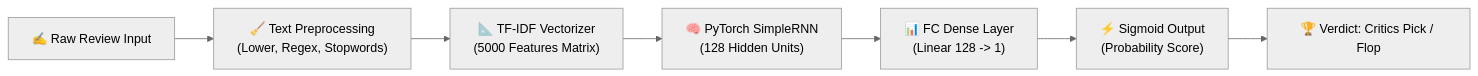
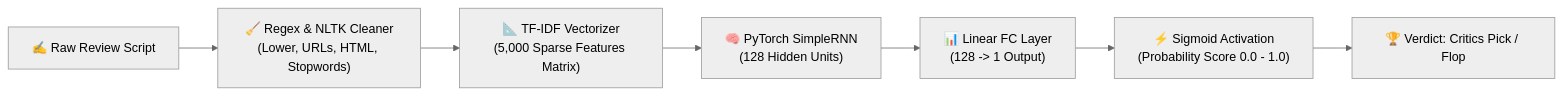
One commit to PIYUSH01092004/RNN_for_Sentiment_Analysis changed the diagram in README.md. Above: the diagram before and after it, drawn with Mermaid (neutral theme). The commit also changed other lines of this file, not shown here.

````diff
--- a/README.md
+++ b/README.md
@@ -31,9 +105,9 @@
 ```mermaid
 flowchart LR
-    A["✍️ Raw Review Input"] --> B["🧹 Text Preprocessing\n(Lower, Regex, Stopwords)"]
-    B --> C["📐 TF-IDF Vectorizer\n(5000 Features Matrix)"]
+    A["✍️ Raw Review Script"] --> B["🧹 Regex & NLTK Cleaner\n(Lower, URLs, HTML, Stopwords)"]
+    B --> C["📐 TF-IDF Vectorizer\n(5,000 Sparse Features Matrix)"]
     C --> D["🧠 PyTorch SimpleRNN\n(128 Hidden Units)"]
-    D --> E["📊 FC Dense Layer\n(Linear 128 -> 1)"]
-    E --> F["⚡ Sigmoid Output\n(Probability Score)"]
+    D --> E["📊 Linear FC Layer\n(128 -> 1 Output)"]
+    E --> F["⚡ Sigmoid Activation\n(Probability Score 0.0 - 1.0)"]
     F --> G["🏆 Verdict: Critics Pick / Flop"]
 ```
````
